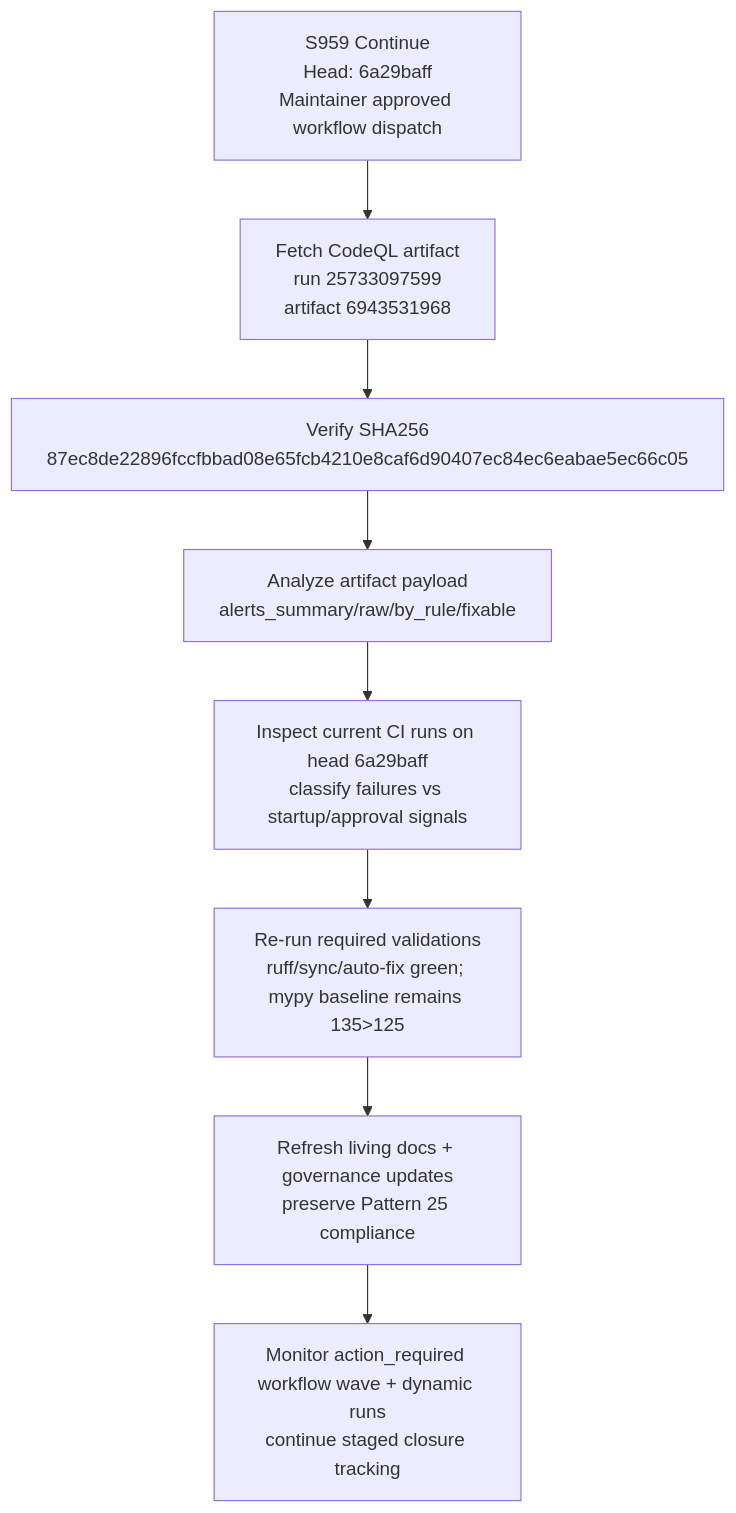
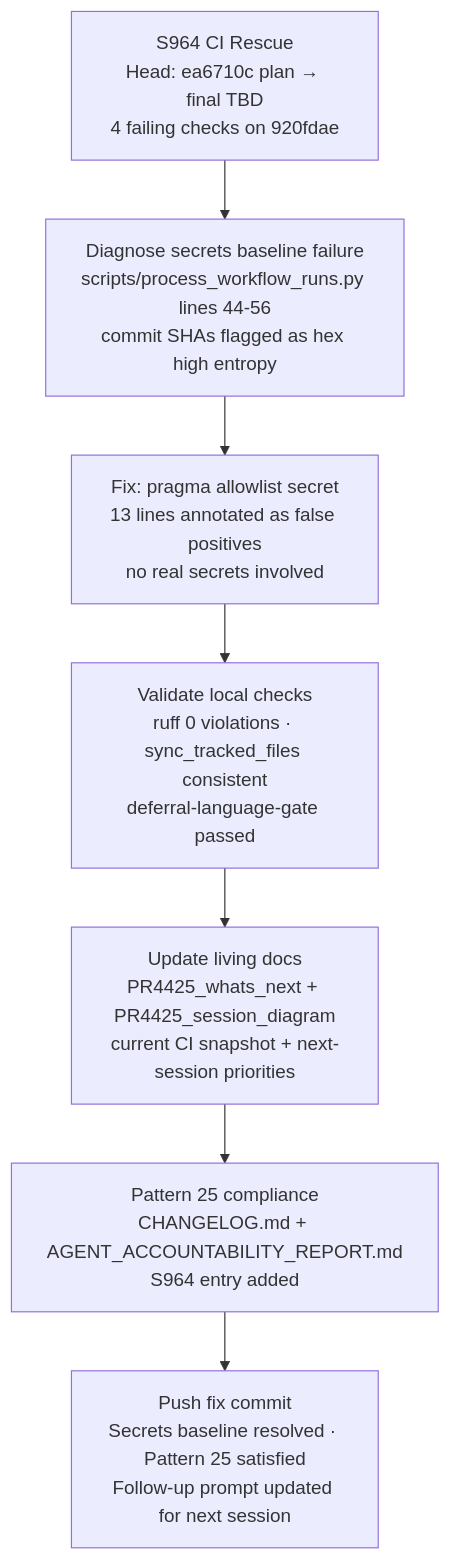
Before and after one commit to Aries-Serpent/_codex_: the diagram in docs/sessions/PR4425_session_diagram.md, drawn with Mermaid. The commit also changed other lines of this file and 5 other files, not shown here.

First line of the commit message:
fix(s964): pragma allowlist secret on commit-SHA constants, update living docs + Pattern 25

````diff
--- a/docs/sessions/PR4425_session_diagram.md
+++ b/docs/sessions/PR4425_session_diagram.md
@@ -3,11 +3,10 @@
 ```mermaid
 graph TD
-  A[S959 Continue<br/>Head: 6a29baff<br/>Maintainer approved workflow dispatch] --> B
-  B[Fetch CodeQL artifact<br/>run 25733097599<br/>artifact 6943531968] --> C
-  C[Verify SHA256<br/>87ec8de22896fccfbbad08e65fcb4210e8caf6d90407ec84ec6eabae5ec66c05] --> D
-  D[Analyze artifact payload<br/>alerts_summary/raw/by_rule/fixable] --> E
-  E[Inspect current CI runs on head 6a29baff<br/>classify failures vs startup/approval signals] --> F
-  F[Re-run required validations<br/>ruff/sync/auto-fix green; mypy baseline remains 135>125] --> G
-  G[Refresh living docs + governance updates<br/>preserve Pattern 25 compliance] --> H
-  H[Monitor action_required workflow wave + dynamic runs<br/>continue staged closure tracking]
+  A[S964 CI Rescue<br/>Head: ea6710c plan → final TBD<br/>4 failing checks on 920fdae] --> B
+  B[Diagnose secrets baseline failure<br/>scripts/process_workflow_runs.py lines 44-56<br/>commit SHAs flagged as hex high entropy] --> C
+  C[Fix: pragma allowlist secret<br/>13 lines annotated as false positives<br/>no real secrets involved] --> D
+  D[Validate local checks<br/>ruff 0 violations · sync_tracked_files consistent<br/>deferral-language-gate passed] --> E
+  E[Update living docs<br/>PR4425_whats_next + PR4425_session_diagram<br/>current CI snapshot + next-session priorities] --> F
+  F[Pattern 25 compliance<br/>CHANGELOG.md + AGENT_ACCOUNTABILITY_REPORT.md<br/>S964 entry added] --> G
+  G[Push fix commit<br/>Secrets baseline resolved · Pattern 25 satisfied<br/>Follow-up prompt updated for next session]
 ```
````
